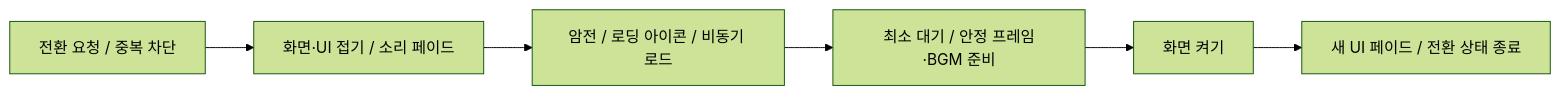
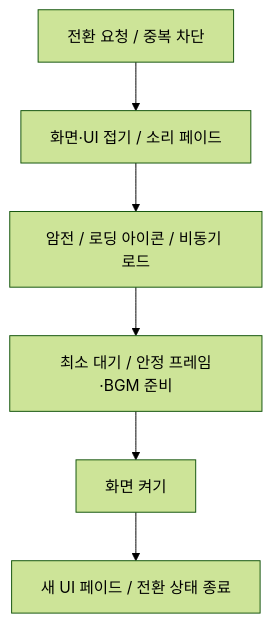
Before and after one commit to keeeery/portfolio: the sixth of 6 diagrams in src/4-ODDITY/TechDoc_ODDITY.md, drawn with Mermaid (forest theme). The commit also changed other lines of this file, not shown here.

````diff
--- a/src/4-ODDITY/TechDoc_ODDITY.md
+++ b/src/4-ODDITY/TechDoc_ODDITY.md
@@ -844,8 +919,8 @@
 ```mermaid
-flowchart LR
+flowchart TB
     Start[전환 요청 / 중복 차단] --> Off[화면·UI 접기 / 소리 페이드]
     Off --> Load[암전 / 로딩 아이콘 / 비동기 로드]
     Load --> Wait[최소 대기 / 안정 프레임·BGM 준비]
     Wait --> On[화면 켜기]
     On --> UI[새 UI 페이드 / 전환 상태 종료]
 ```
````
